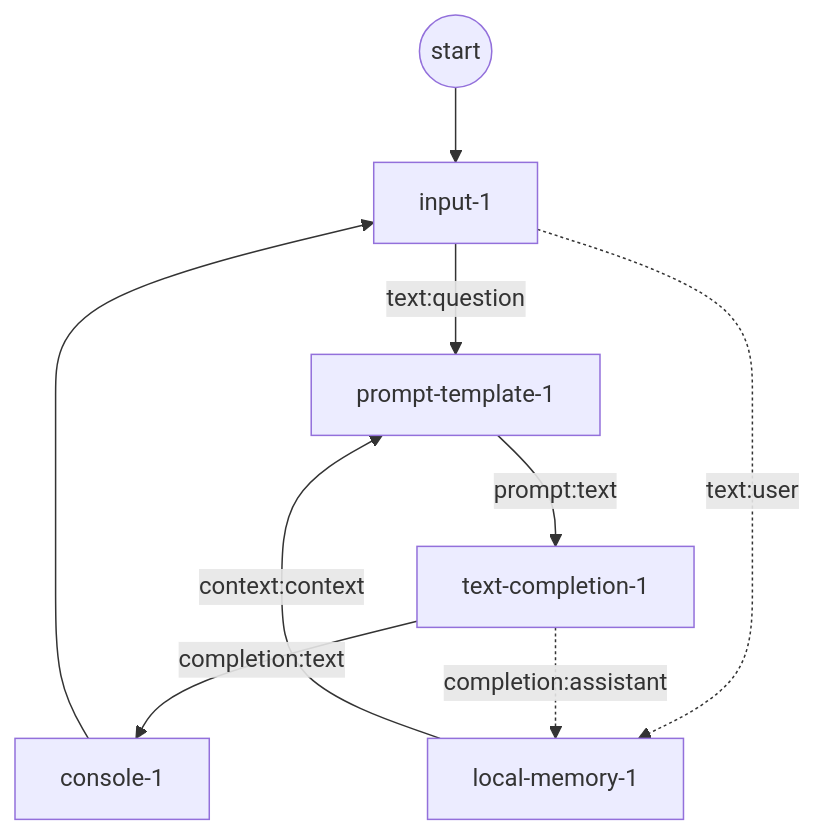
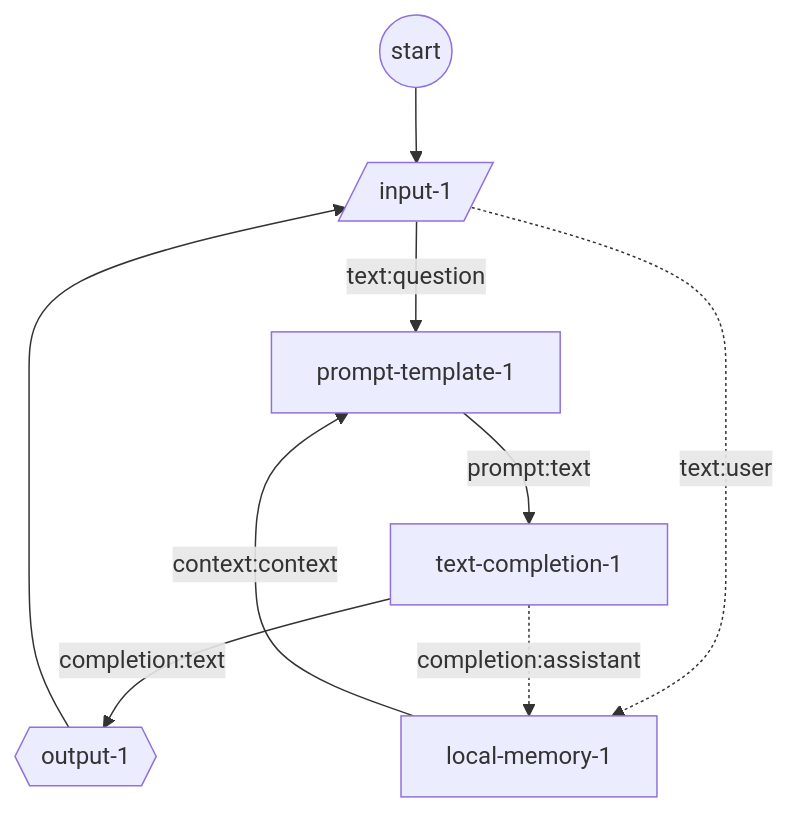
One commit to breadboard-ai/breadboard changed the diagram in seeds/graph-playground/docs/graphs/accumulating-context.md. Above: the diagram before and after it, drawn with Mermaid. The commit also changed 12 other files, not shown here.

Commit message:
[graph-playgroun] Update diagrams.

````diff
--- a/seeds/graph-playground/docs/graphs/accumulating-context.md
+++ b/seeds/graph-playground/docs/graphs/accumulating-context.md
@@ -4,11 +4,11 @@
 ```mermaid
 graph TD;
-start((start)) --> input-1
-input-1 -- text:question --> prompt-template-1
+start((start)) --> input-1[/input-1/]
+input-1[/input-1/] -- text:question --> prompt-template-1
 prompt-template-1 -- prompt:text --> text-completion-1
-text-completion-1 -- completion:text --> console-1
-input-1 -. text:user .-> local-memory-1
+text-completion-1 -- completion:text --> output-1{{output-1}}
+input-1[/input-1/] -. text:user .-> local-memory-1
 text-completion-1 -. completion:assistant .-> local-memory-1
-console-1 --> input-1
+output-1{{output-1}} --> input-1[/input-1/]
 local-memory-1 -- context:context --> prompt-template-1
 ```
````
